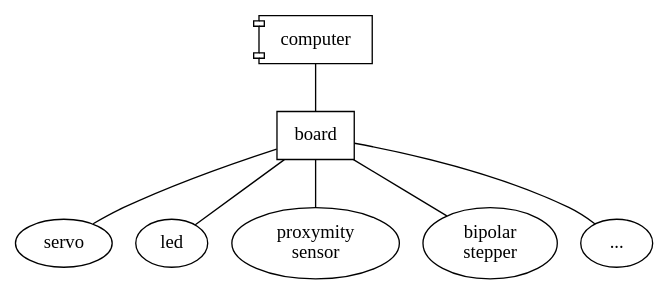
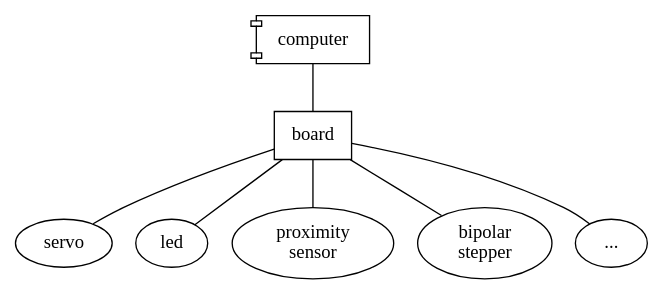
One commit to ProxyOS/documentation changed the diagram in source/goals.rst. Above: the diagram before and after it, drawn with Graphviz.

Commit message:
goals: fix typo

```diff
--- a/source/goals.rst
+++ b/source/goals.rst
@@ -7,11 +7,12 @@
 .. graphviz::
+  :align: center
 
   graph abstract {
     {
       computer [ shape=component ]
       board [ shape=box ]
     }
 
     computer -- board
-    board -- { servo led "proxymity\nsensor" "bipolar\nstepper" "..." }
+    board -- { servo led "proximity\nsensor" "bipolar\nstepper" "..." }
   }
```
